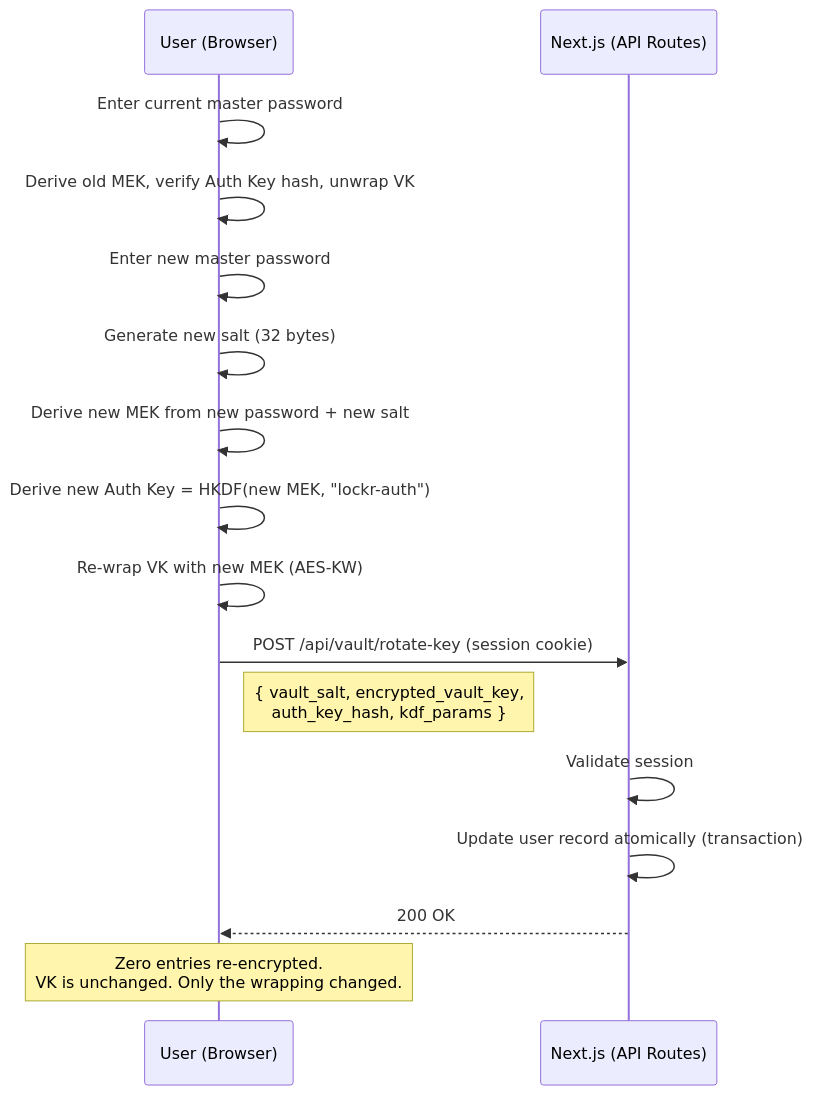
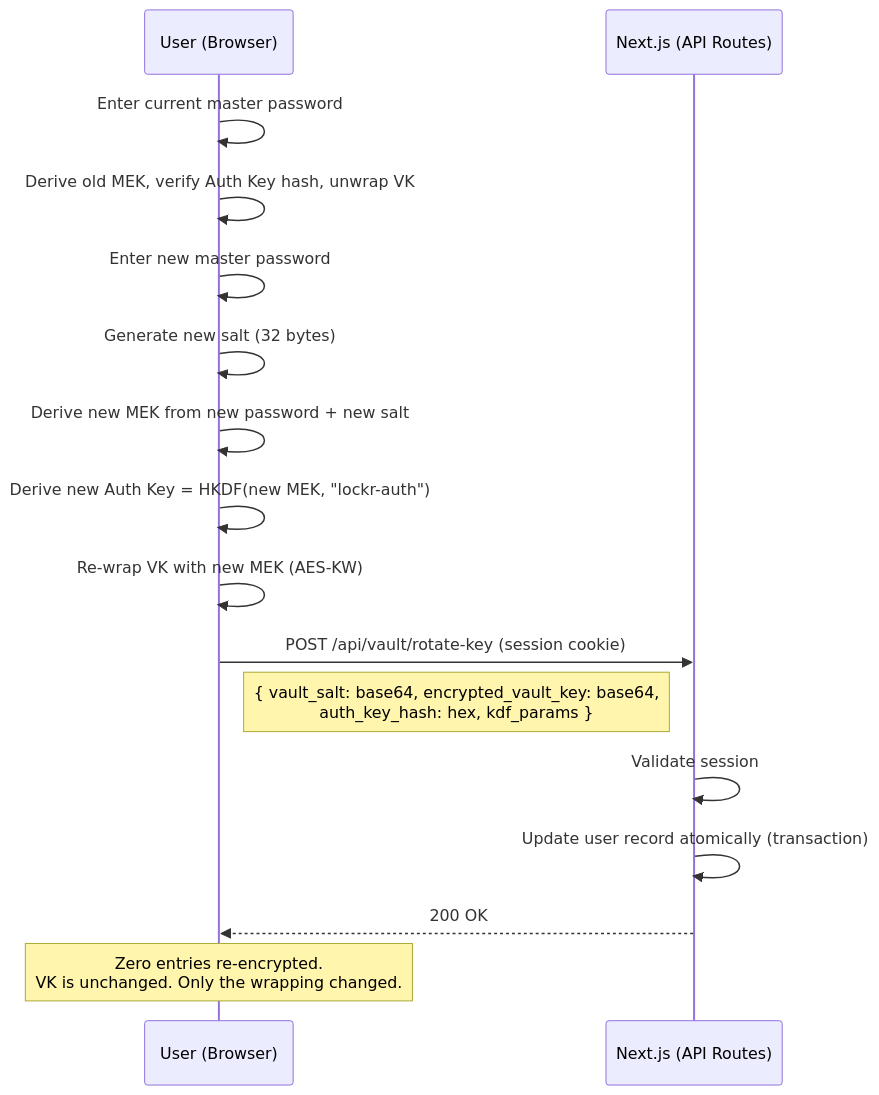
The seventh of 8 diagrams in docs/ARCHITECTURE.md (kunalsinghdadhwal/lockr), drawn with Mermaid before and after one commit. The commit also changed other lines of this file, not shown here.

````diff
--- a/docs/ARCHITECTURE.md
+++ b/docs/ARCHITECTURE.md
@@ -377,22 +398,22 @@
 ```mermaid
 sequenceDiagram
     participant U as User (Browser)
     participant N as Next.js (API Routes)
 
     U->>U: Enter current master password
     U->>U: Derive old MEK, verify Auth Key hash, unwrap VK
 
     U->>U: Enter new master password
     U->>U: Generate new salt (32 bytes)
     U->>U: Derive new MEK from new password + new salt
     U->>U: Derive new Auth Key = HKDF(new MEK, "lockr-auth")
     U->>U: Re-wrap VK with new MEK (AES-KW)
 
     U->>N: POST /api/vault/rotate-key (session cookie)
-    Note right of U: { vault_salt, encrypted_vault_key,<br/>auth_key_hash, kdf_params }
+    Note right of U: { vault_salt: base64, encrypted_vault_key: base64,<br/>auth_key_hash: hex, kdf_params }
     N->>N: Validate session
     N->>N: Update user record atomically (transaction)
     N-->>U: 200 OK
 
     Note over U: Zero entries re-encrypted.<br/>VK is unchanged. Only the wrapping changed.
 ```
````
